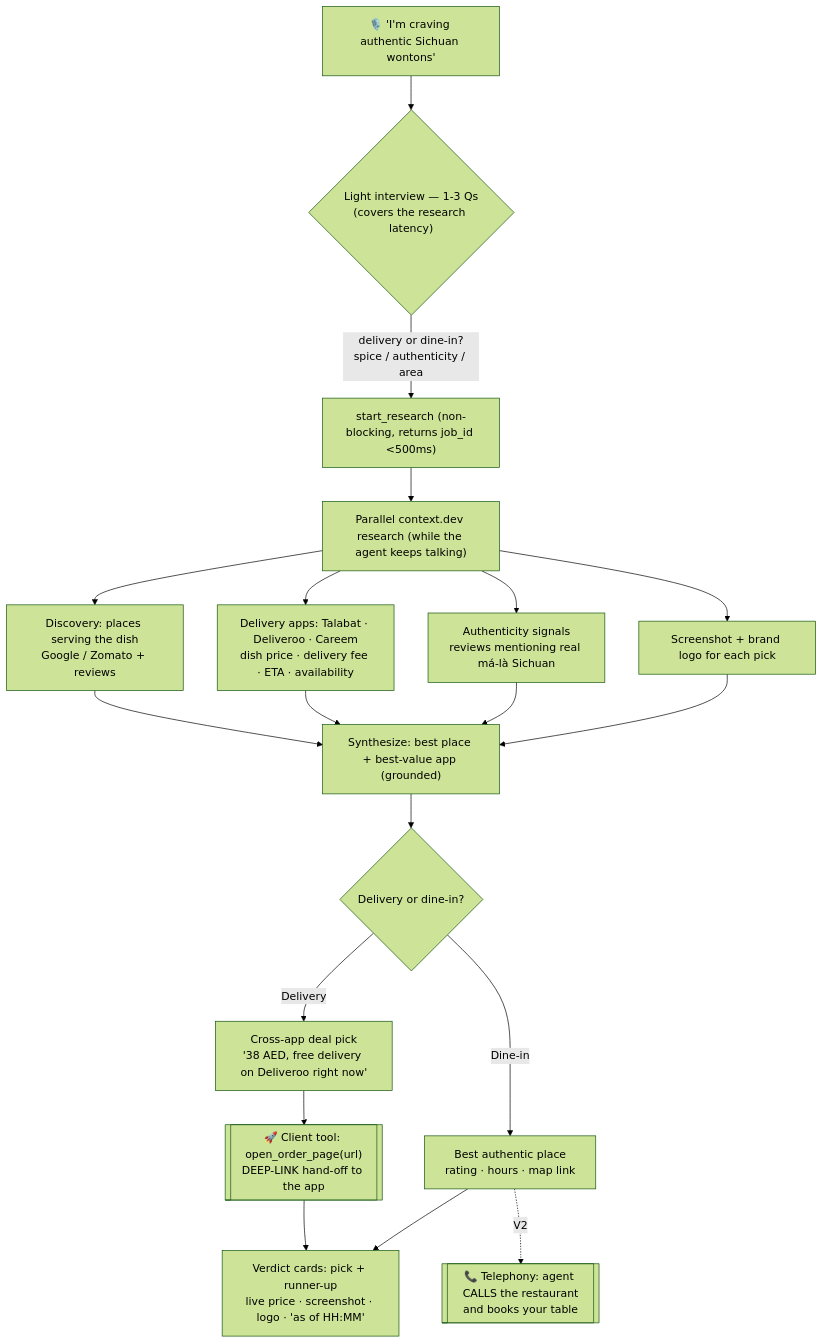
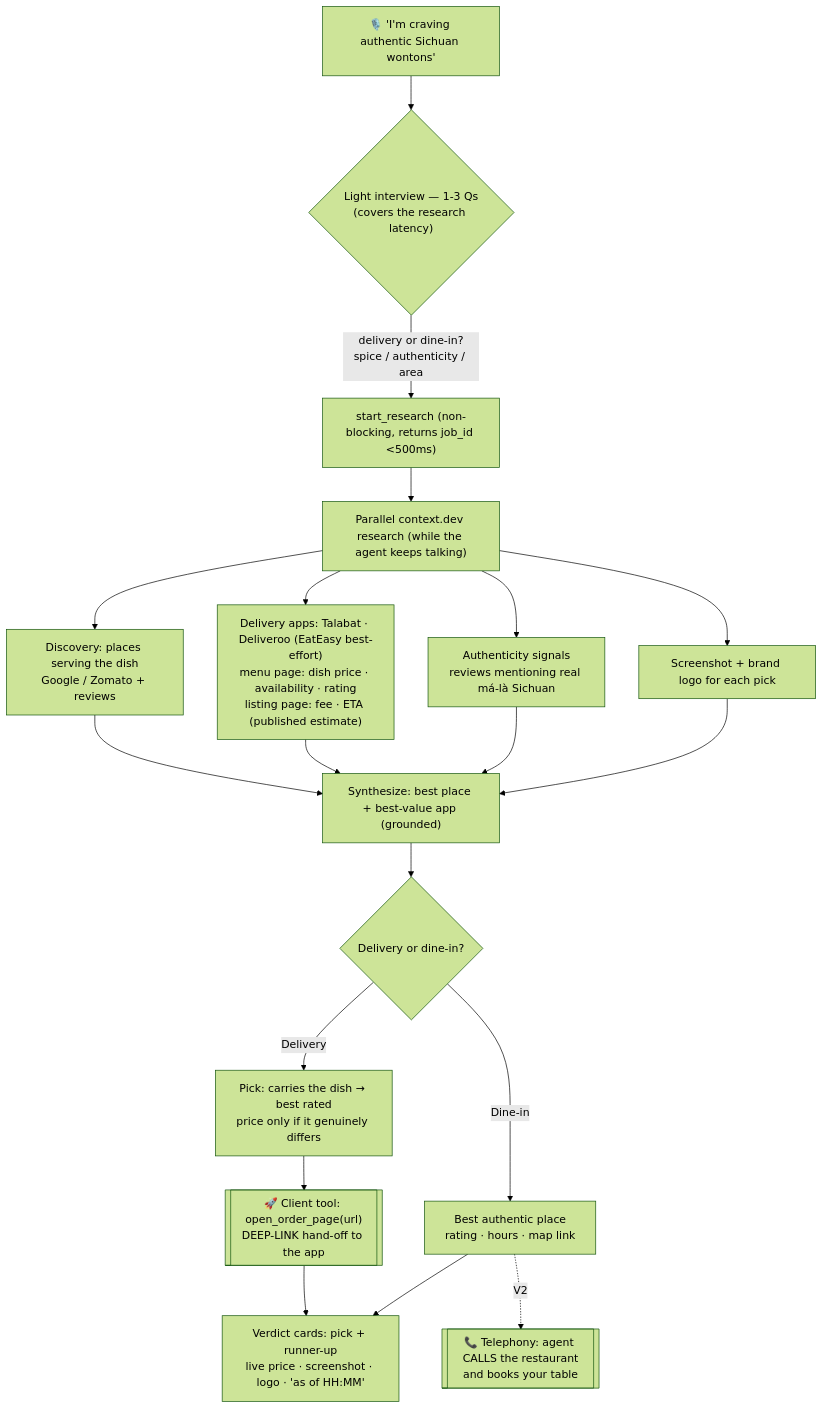
One commit to manav2701/Hack-Build-2 changed the diagram in docs/FOOD-FLOW.md. Above: the diagram before and after it, drawn with Mermaid (forest theme). The commit also changed other lines of this file and 2 other files, not shown here.

````diff
--- a/docs/FOOD-FLOW.md
+++ b/docs/FOOD-FLOW.md
@@ -11,21 +11,21 @@
 ```mermaid
 flowchart TD
     A["🎙️ 'I'm craving authentic Sichuan wontons'"] --> B{"Light interview — 1-3 Qs<br/>(covers the research latency)"}
     B -->|"delivery or dine-in?<br/>spice / authenticity / area"| C["start_research (non-blocking, returns job_id <500ms)"]
     C --> D["Parallel context.dev research (while the agent keeps talking)"]
     D --> D1["Discovery: places serving the dish<br/>Google / Zomato + reviews"]
-    D --> D2["Delivery apps: Talabat · Deliveroo · Careem<br/>dish price · delivery fee · ETA · availability"]
+    D --> D2["Delivery apps: Talabat · Deliveroo (EatEasy best-effort)<br/>menu page: dish price · availability · rating<br/>listing page: fee · ETA (published estimate)"]
     D --> D3["Authenticity signals<br/>reviews mentioning real má-là Sichuan"]
     D --> D4["Screenshot + brand logo for each pick"]
     D1 --> E["Synthesize: best place + best-value app (grounded)"]
     D2 --> E
     D3 --> E
     D4 --> E
     E --> F{"Delivery or dine-in?"}
-    F -->|Delivery| G["Cross-app deal pick<br/>'38 AED, free delivery on Deliveroo right now'"]
+    F -->|Delivery| G["Pick: carries the dish → best rated<br/>price only if it genuinely differs"]
     G --> H[["🚀 Client tool: open_order_page(url)<br/>DEEP-LINK hand-off to the app"]]
     F -->|Dine-in| I["Best authentic place<br/>rating · hours · map link"]
     I -.->|V2| J[["📞 Telephony: agent CALLS the restaurant<br/>and books your table"]]
     H --> K["Verdict cards: pick + runner-up<br/>live price · screenshot · logo · 'as of HH:MM'"]
     I --> K
 ```
````
